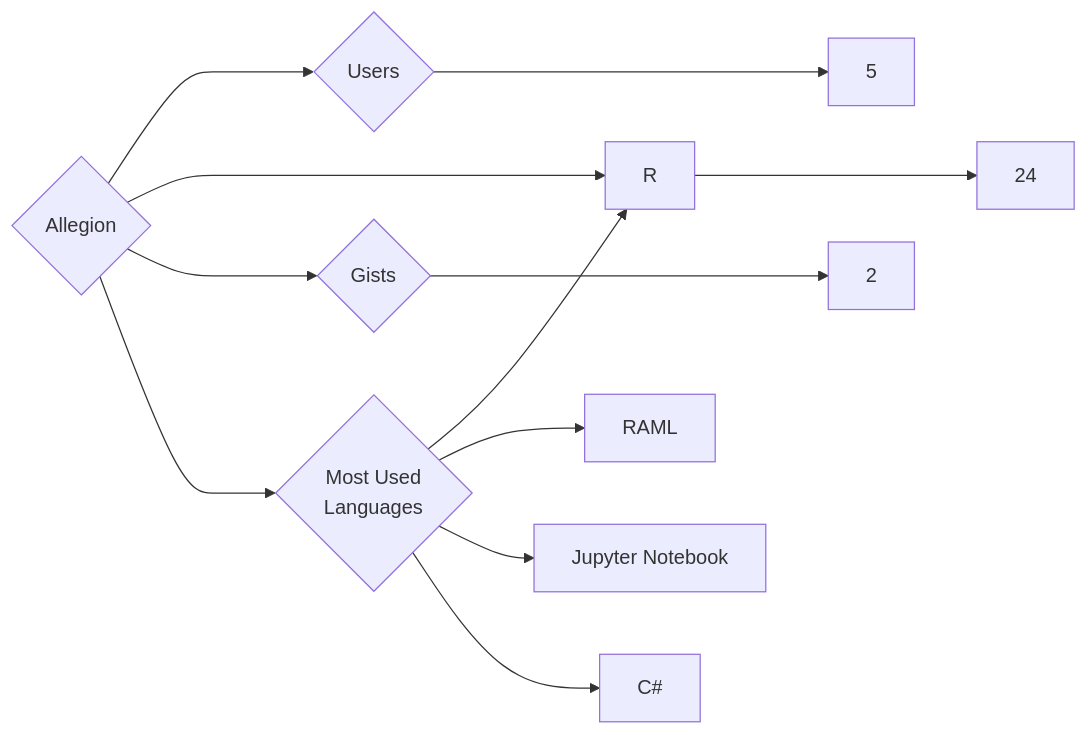
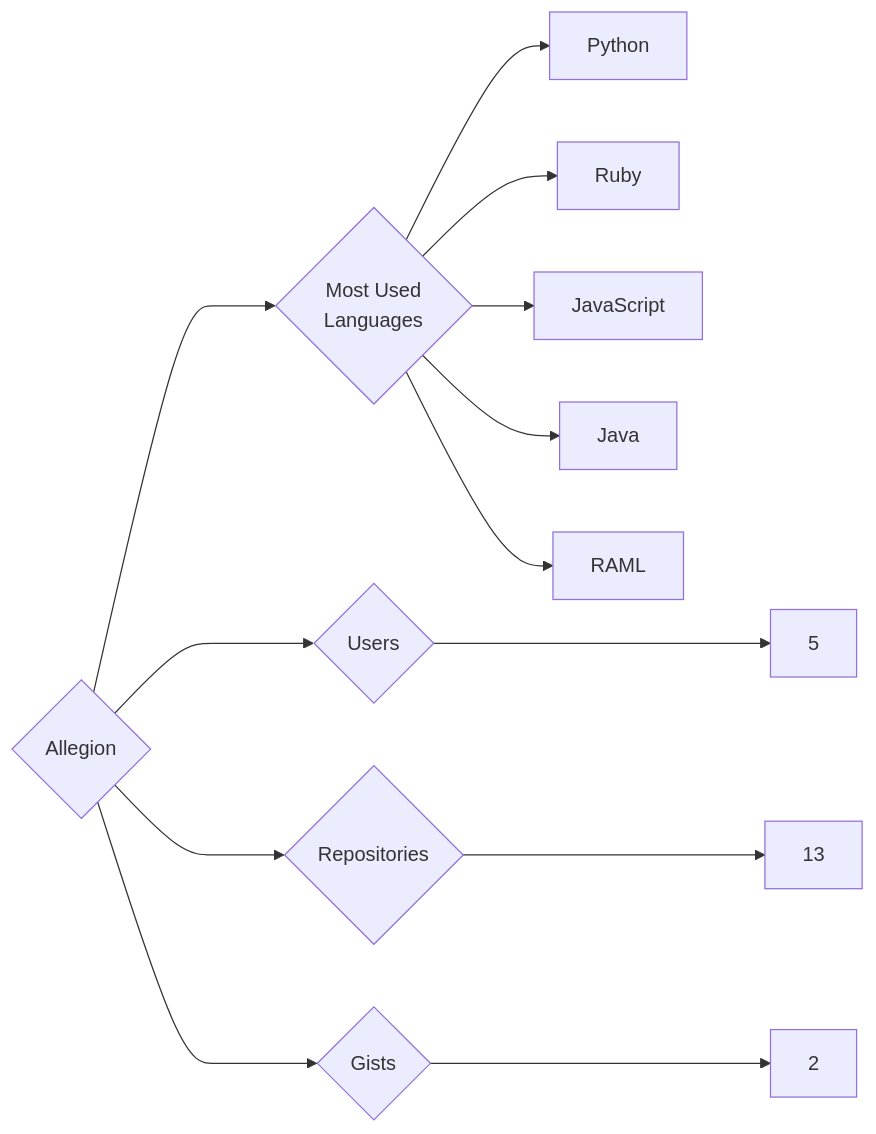
The diagram in targets/Allegion/README.md (trickest/insiders), drawn with Mermaid before and after one commit. The commit also changed 1055 other files, not shown here.

````diff
--- a/targets/Allegion/README.md
+++ b/targets/Allegion/README.md
@@ -3,12 +3,13 @@
 ```mermaid
 graph LR
 COMPANY_NAME{Allegion}
 COMPANY_NAME ---> U{Users} ---> UN[5]
-COMPANY_NAME ---> R{Repositories} ---> RN[24]
+COMPANY_NAME ---> R{Repositories} ---> RN[13]
 COMPANY_NAME ---> G{Gists} ---> GN[2]
 COMPANY_NAME ---> ML{Most Used<br>Languages}
-ML --> R[R]
+ML --> Python[Python]
+ML --> Ruby[Ruby]
+ML --> JavaScript[JavaScript]
+ML --> Java[Java]
 ML --> RAML[RAML]
-ML --> Jupyter_Notebook[Jupyter Notebook]
-ML --> C#[C#]
 ```
````
